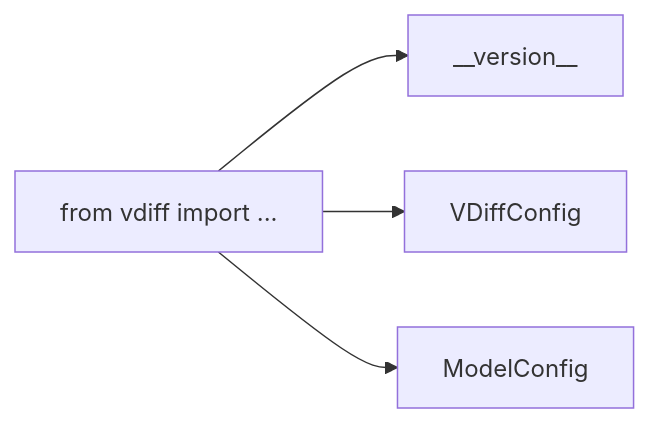
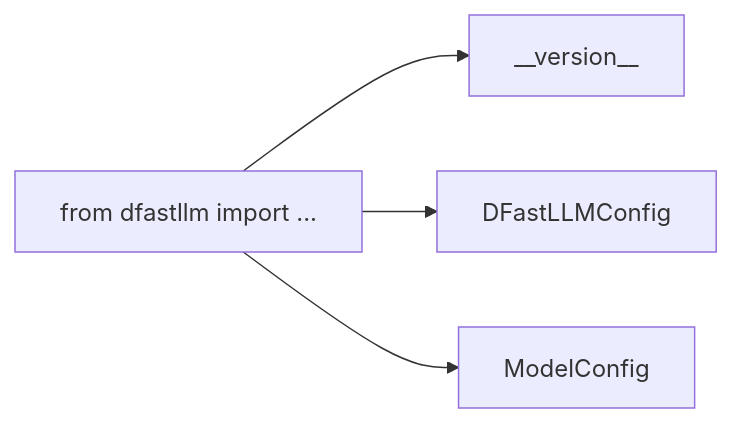
Before and after one commit to mwaykole/vdiff: the third of 18 diagrams in docs/dev-doc/03-project-structure.md, drawn with Mermaid. The commit also changed other lines of this file and 53 other files, not shown here.

First line of the commit message:
refactor: Rename all vdiff references to dfastllm

````diff
--- a/docs/dev-doc/03-project-structure.md
+++ b/docs/dev-doc/03-project-structure.md
@@ -161,11 +161,11 @@
 ```mermaid
 flowchart LR
-    IMPORT["from vdiff import ..."]
+    IMPORT["from dfastllm import ..."]
     VERSION["__version__"]
-    CONFIG["VDiffConfig"]
+    CONFIG["DFastLLMConfig"]
     MODEL["ModelConfig"]
     
     IMPORT --> VERSION
     IMPORT --> CONFIG
     IMPORT --> MODEL
 ```
````
